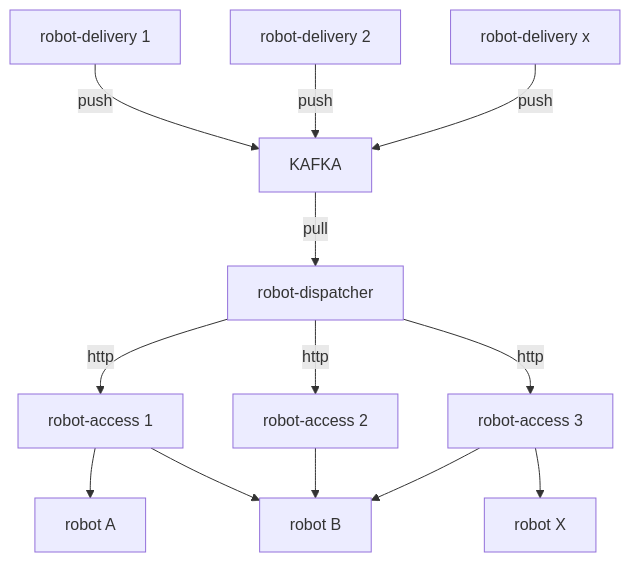
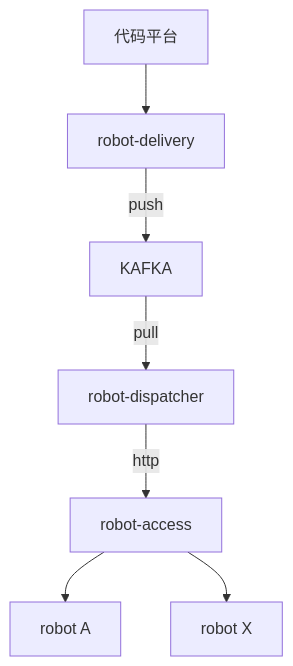
The second of 2 diagrams in speed_control_test.md (yangwei999/doc), drawn with Mermaid before and after one commit. The commit also changed other lines of this file, not shown here.

````diff
--- a/speed_control_test.md
+++ b/speed_control_test.md
@@ -16,18 +15,13 @@
 ```mermaid
 graph TD
-A[robot-delivery 1]
-B[robot-delivery 2]
-C[robot-delivery x]
+C[代码平台] --> A
+A[robot-delivery]
+
 A --> |push|D[KAFKA]
-B --> |push|D
-C --> |push|D
+
 D --> |pull|E[robot-dispatcher]
-E --> |http|F[robot-access 1]
-E --> |http|G[robot-access 2]
-E --> |http|H[robot-access 3]
+E --> |http|F[robot-access]
+
 F --> I[robot A]
-F --> J[robot B]
-G --> J
-H --> J
-H --> K[robot X]
+F --> J[robot X]
 ```
````
